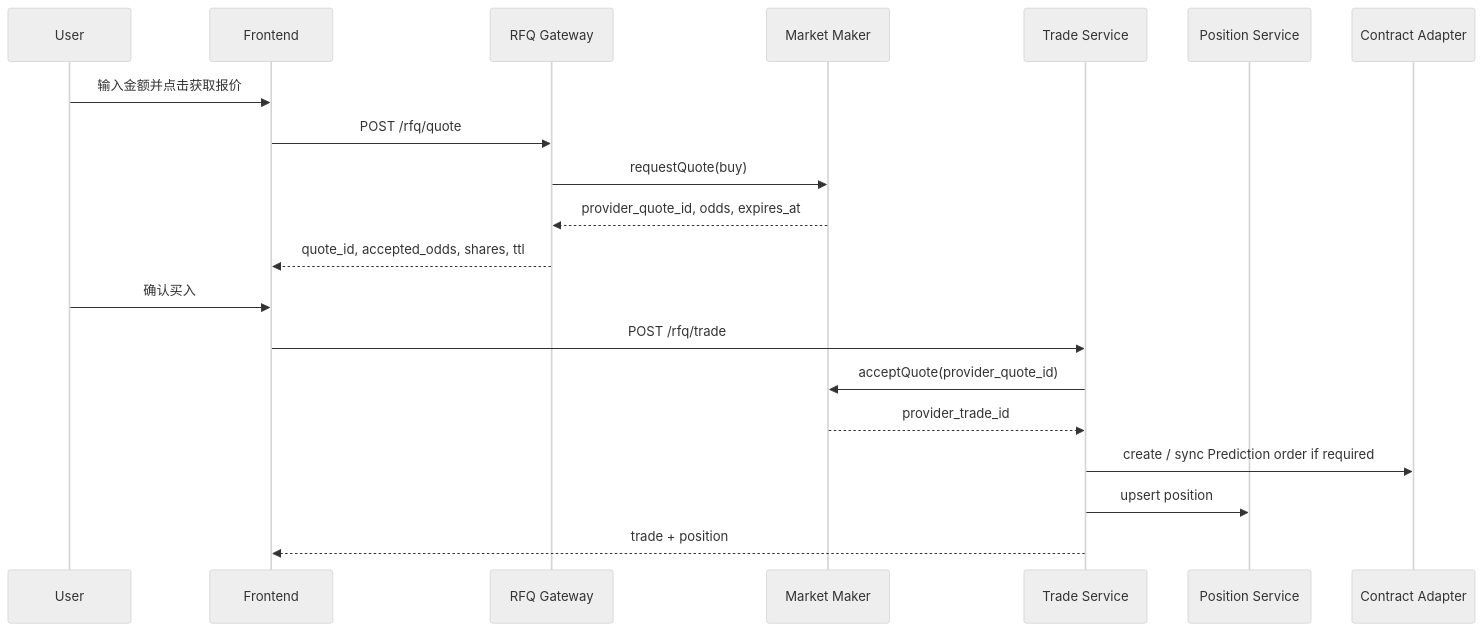
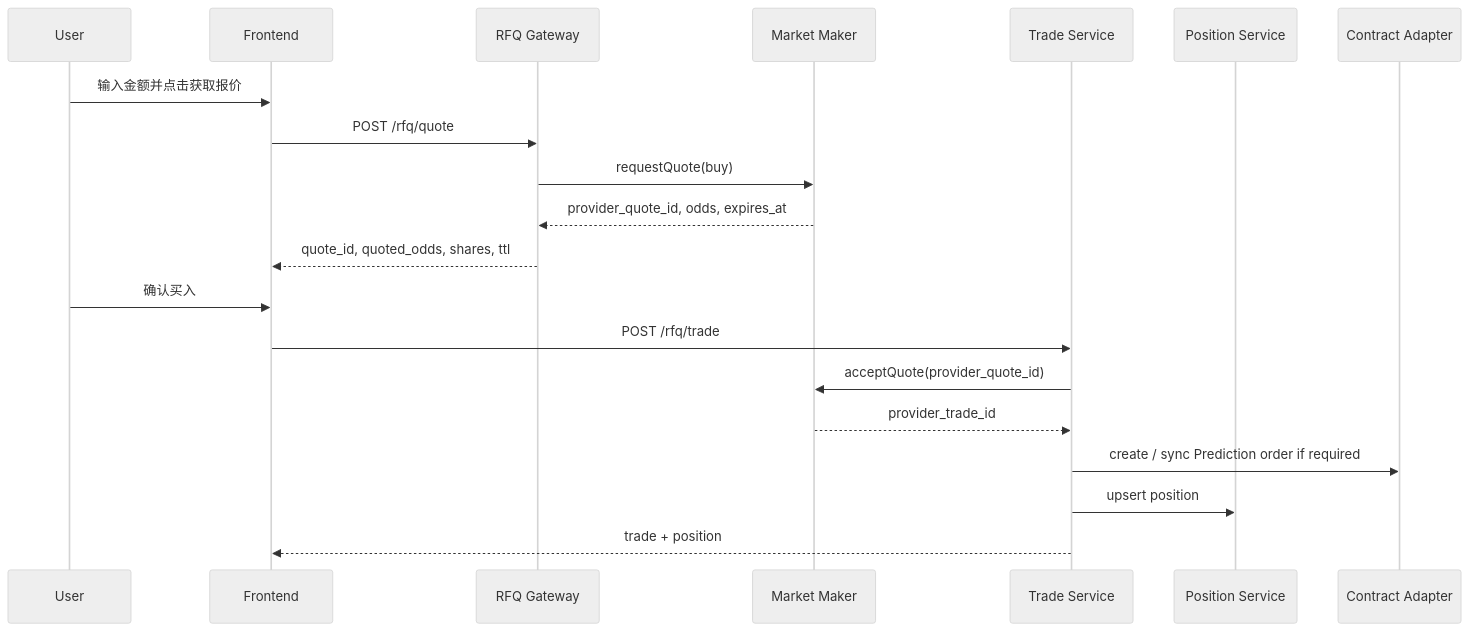
One commit to Errance/TurboFlow changed the fifth of 6 diagrams in Stake足球盘口研究/04_正式产品文档/T-TurboFlow足球盘口技术方案v2.0-v7.0_RFQ反馈-130526.md. Above: the diagram before and after it, drawn with Mermaid (neutral theme). The commit also changed other lines of this file and 2 other files, not shown here.

````diff
--- a/Stake足球盘口研究/04_正式产品文档/T-TurboFlow足球盘口技术方案v2.0-v7.0_RFQ反馈-130526.md
+++ b/Stake足球盘口研究/04_正式产品文档/T-TurboFlow足球盘口技术方案v2.0-v7.0_RFQ反馈-130526.md
@@ -148,23 +155,23 @@
 ```mermaid
 sequenceDiagram
   participant U as User
   participant FE as Frontend
   participant BE as RFQ Gateway
   participant MM as Market Maker
   participant TS as Trade Service
   participant PS as Position Service
   participant CA as Contract Adapter
 
   U->>FE: 输入金额并点击获取报价
   FE->>BE: POST /rfq/quote
   BE->>MM: requestQuote(buy)
   MM-->>BE: provider_quote_id, odds, expires_at
-  BE-->>FE: quote_id, accepted_odds, shares, ttl
+  BE-->>FE: quote_id, quoted_odds, shares, ttl
   U->>FE: 确认买入
   FE->>TS: POST /rfq/trade
   TS->>MM: acceptQuote(provider_quote_id)
   MM-->>TS: provider_trade_id
   TS->>CA: create / sync Prediction order if required
   TS->>PS: upsert position
   TS-->>FE: trade + position
 ```
````
